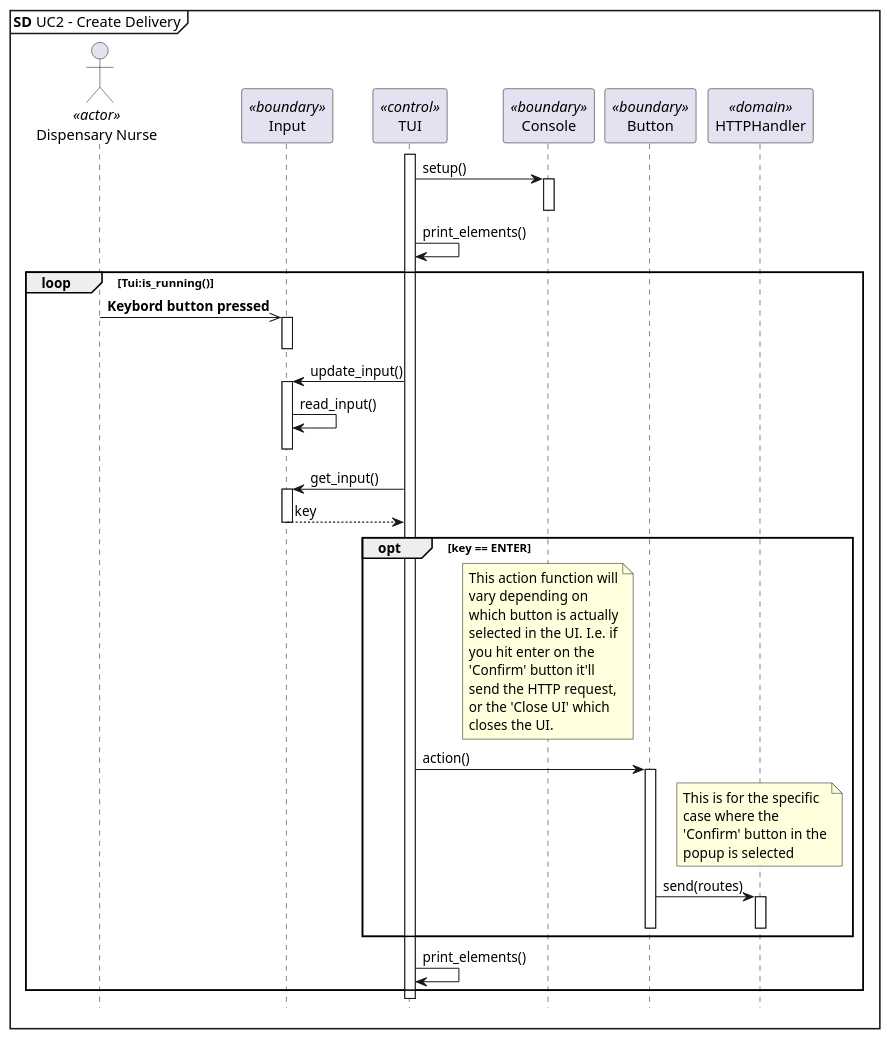
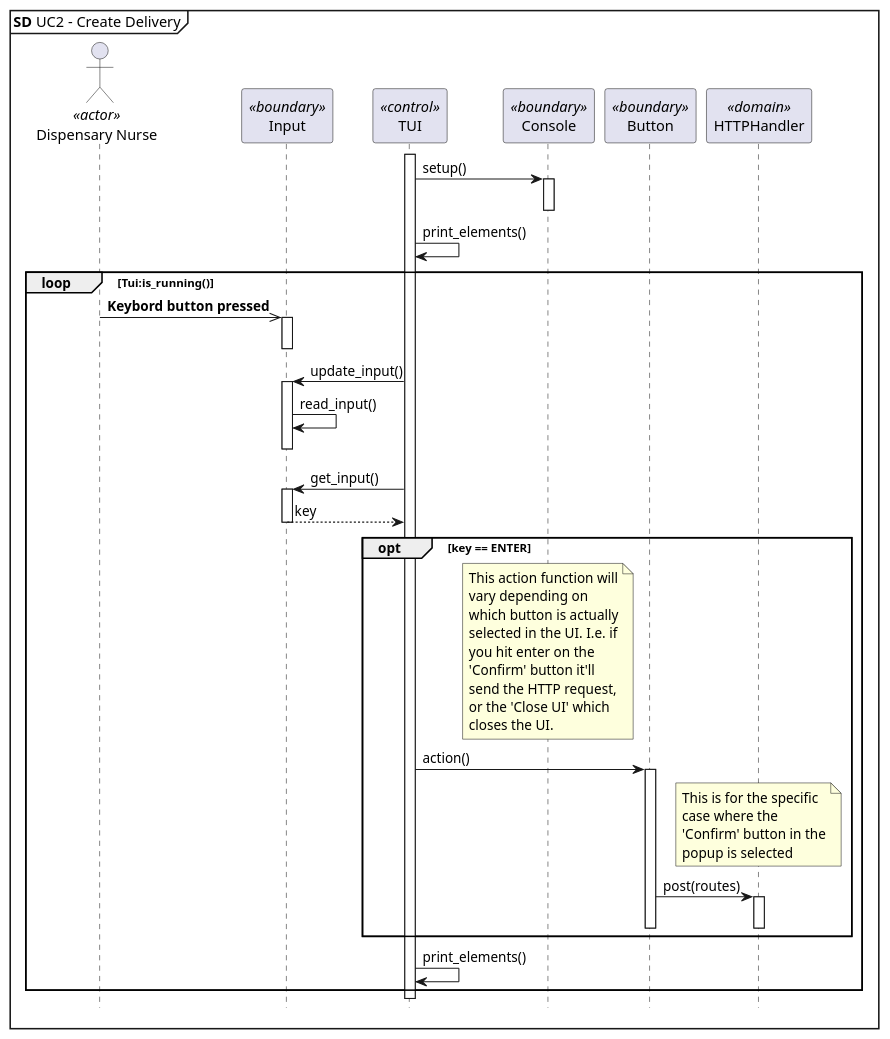
Before and after one commit to lineklemensen/PRJ3: the diagram in docs/diagrams/Plantuml/apModel/uc2sd-pc.puml, drawn with PlantUML. The commit also changed 1 other file, not shown here.

Commit message:
UC2 Update class diagram

```diff
--- a/docs/diagrams/Plantuml/apModel/uc2sd-pc.puml
+++ b/docs/diagrams/Plantuml/apModel/uc2sd-pc.puml
@@ -1,58 +1,58 @@
 @startuml SD UC2 - Create Delivery
 
 <style>
 note {
   MaximumWidth 150
 }
 </style>
 
 mainframe **SD** UC2 - Create Delivery
 hide footbox
 
 actor "Dispensary Nurse" as dn <<actor>>
 participant "Input" as in <<boundary>>
 participant "TUI" as tui <<control>>
 participant "Console" as cs <<boundary>>
 participant "Button" as b <<boundary>>
 'participant "TextElement" as te <<boundary>>
 'participant "StatefulButton" as sb <<boundary>>
 participant "HTTPHandler" as http <<domain>>
 
 '1. TUI active/open TUI
 tui++ 
 
 '2. TUI displays message and list of rooms
 tui -> cs : setup()
 
 '3.
 cs++
 cs--
 
 '5.
 tui -> tui: print_elements()
 
 '6.
 loop Tui:is_running()
 dn ->> in++ : **Keybord button pressed**
 in--
 tui -> in++ : update_input()
 in -> in : read_input()
 'extra hidden arrow for plantuml aligment
 in -[hidden]-> in
 in--
 tui -> in++ : get_input()
 in --> tui : key
 in--
 opt key == ENTER
 note over cs : This action function will vary depending on which button is actually selected in the UI. I.e. if you hit enter on the 'Confirm' button it'll send the HTTP request, or the 'Close UI' which closes the UI.
 tui -> b++ : action()
 note over http : This is for the specific case where the 'Confirm' button in the popup is selected
-b -> http++ : send(routes)
+b -> http++ : post(routes)
 http--
 b--
 
 end
 tui -> tui : print_elements()
 end 
 
 @enduml
```
